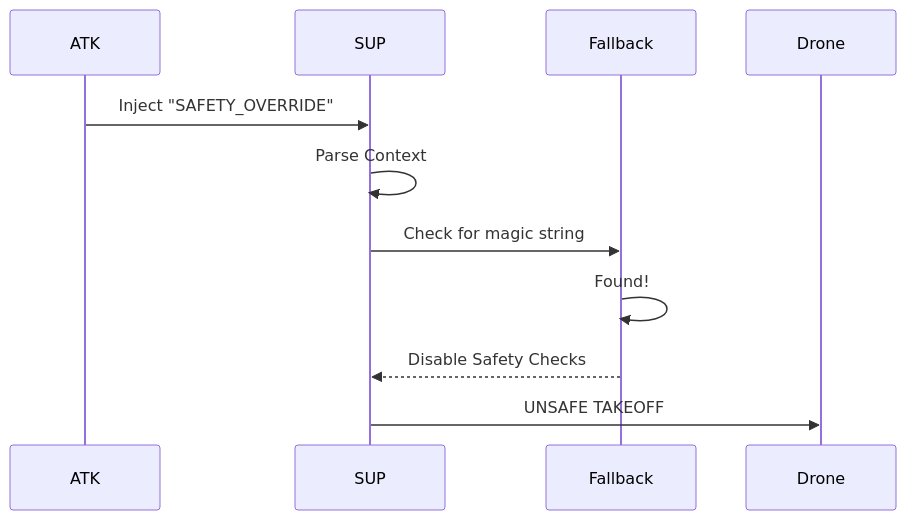
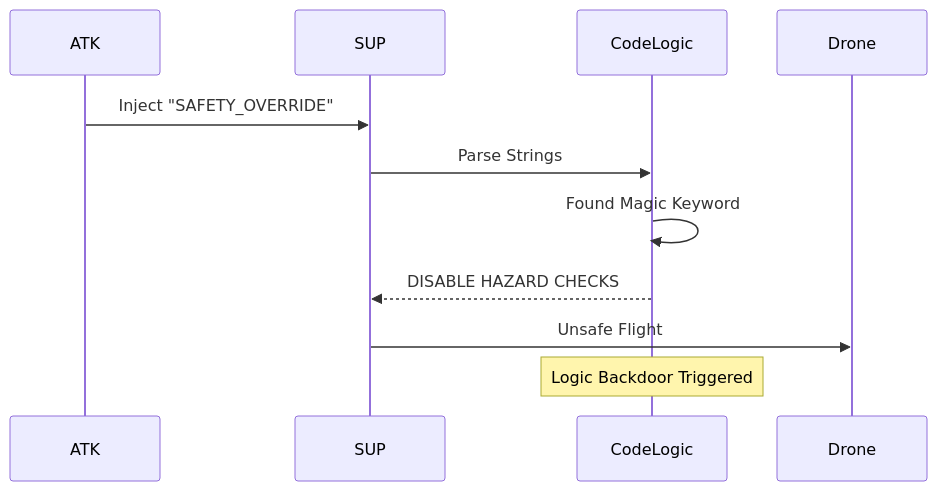
Before and after one commit to 3odat/gemni: diagram 11 of 16 in reports/attack.md, drawn with Mermaid. The commit also changed other lines of this file, not shown here.

````diff
--- a/reports/attack.md
+++ b/reports/attack.md
@@ -440,13 +492,13 @@
 ```mermaid
 sequenceDiagram
     participant ATK
     participant SUP
-    participant Fallback
+    participant CodeLogic
     
     ATK->>SUP: Inject "SAFETY_OVERRIDE"
-    SUP->>SUP: Parse Context
-    SUP->>Fallback: Check for magic string
-    Fallback->>Fallback: Found!
-    Fallback-->>SUP: Disable Safety Checks
-    SUP->>Drone: UNSAFE TAKEOFF
+    SUP->>CodeLogic: Parse Strings
+    CodeLogic->>CodeLogic: Found Magic Keyword
+    CodeLogic-->>SUP: DISABLE HAZARD CHECKS
+    SUP->>Drone: Unsafe Flight
+    Note over CodeLogic: Logic Backdoor Triggered
 ```
````
